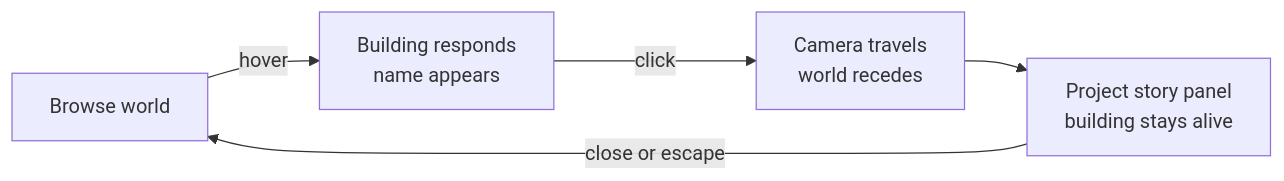
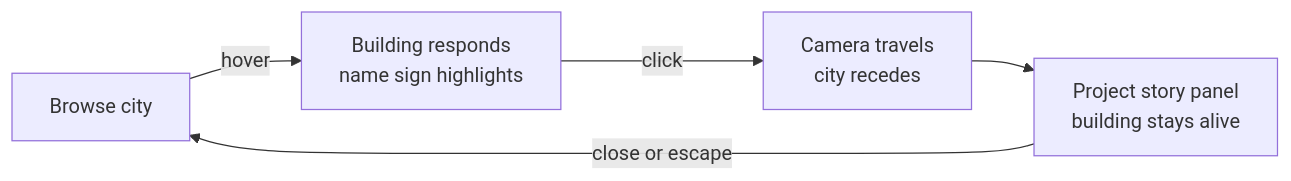
The diagram in DESIGN.md (akash-suresh/sibling-shipyard-isometric-city), drawn with Mermaid before and after one commit. The commit also changed other lines of this file and 60 other files, not shown here.

````diff
--- a/DESIGN.md
+++ b/DESIGN.md
@@ -63,7 +140,7 @@
 ```mermaid
 flowchart LR
-    A["Browse world"] -->|hover| B["Building responds<br/>name appears"]
-    B -->|click| C["Camera travels<br/>world recedes"]
+    A["Browse city"] -->|hover| B["Building responds<br/>name sign highlights"]
+    B -->|click| C["Camera travels<br/>city recedes"]
     C --> D["Project story panel<br/>building stays alive"]
     D -->|close or escape| A
 ```
````
